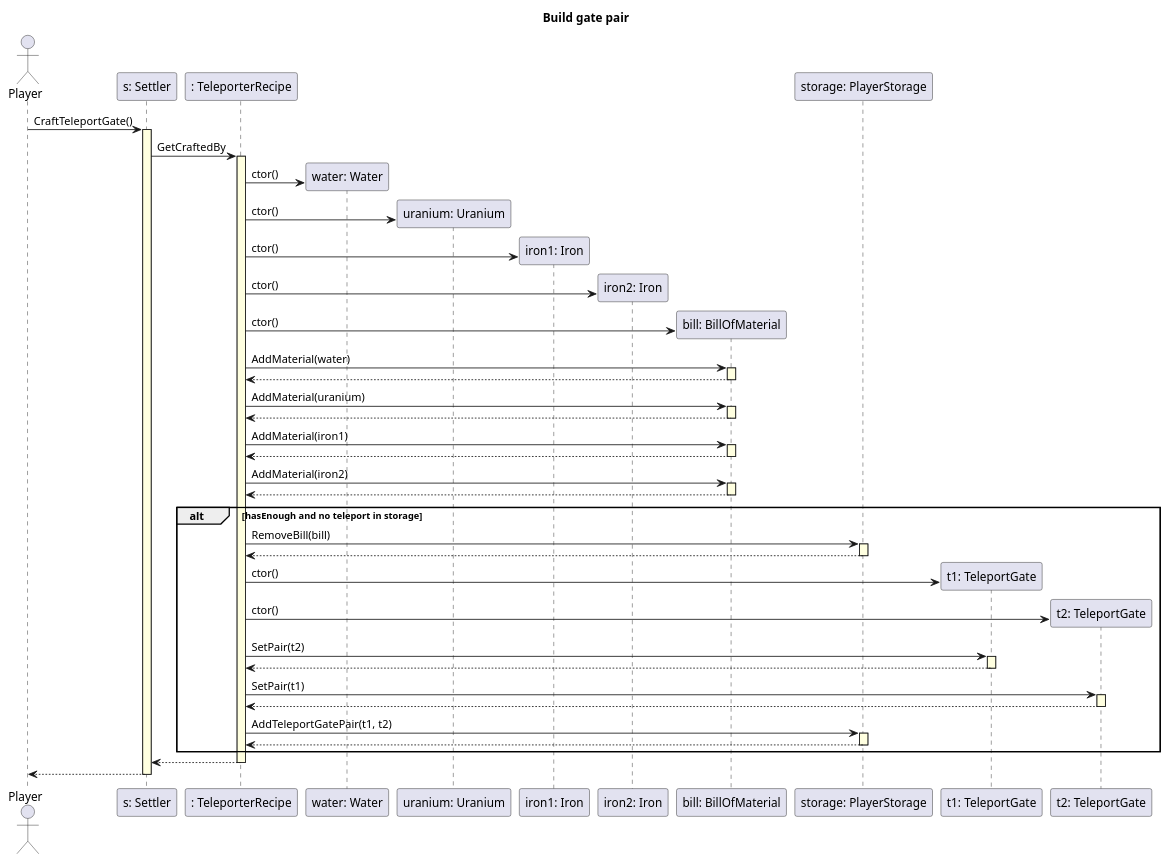
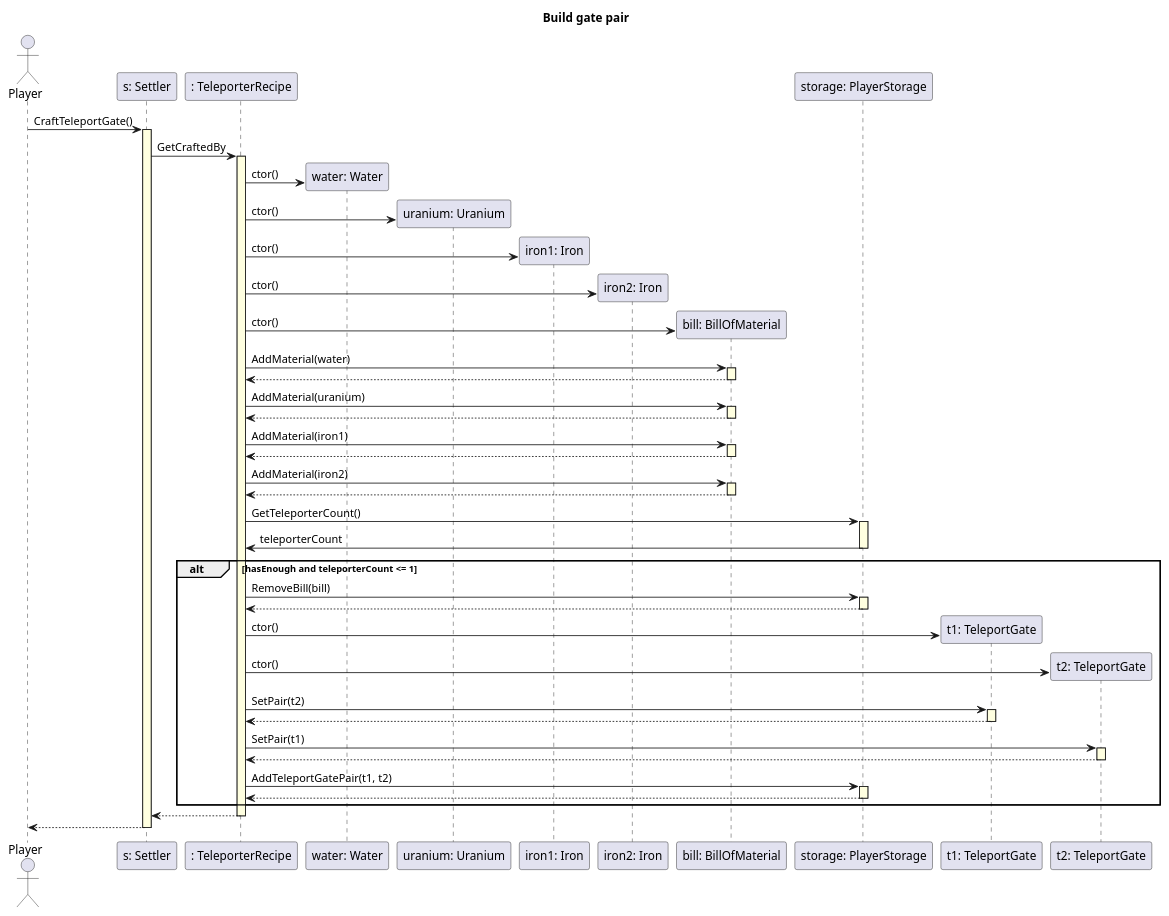
One commit to triszt4n/projlab_holy_oil changed the diagram in uml/original_seq_diagrams/build_gate.plantuml. Above: the diagram before and after it, drawn with PlantUML. The commit also changed 5 other files, not shown here.

```diff
--- a/uml/original_seq_diagrams/build_gate.plantuml
+++ b/uml/original_seq_diagrams/build_gate.plantuml
@@ -1,60 +1,63 @@
 @startuml
 
 skinparam SequenceLifeLineBackgroundColor LightYellow
 
 title "Build gate pair"
 
 actor Player as player
 participant "s: Settler" as settler
 participant ": TeleporterRecipe" as TeleporterRecipe
 participant "water: Water" as water
 participant "uranium: Uranium" as uranium
 participant "iron1: Iron" as iron1
 participant "iron2: Iron" as iron2
 participant "bill: BillOfMaterial" as bill
 participant "storage: PlayerStorage" as storage
 participant "t1: TeleportGate" as teleport1
 participant "t2: TeleportGate" as teleport2
 
 player -> settler ++ : CraftTeleportGate()
 settler -> TeleporterRecipe ++: GetCraftedBy
 
 TeleporterRecipe -> water ** : ctor()
 TeleporterRecipe -> uranium ** : ctor()
 TeleporterRecipe -> iron1 ** : ctor()
 TeleporterRecipe -> iron2 ** : ctor()
 
 TeleporterRecipe -> bill ** : ctor()
 TeleporterRecipe -> bill ++ : AddMaterial(water)
 return
 TeleporterRecipe -> bill ++ : AddMaterial(uranium)
 return
 TeleporterRecipe -> bill ++ : AddMaterial(iron1)
 return
 TeleporterRecipe -> bill ++ : AddMaterial(iron2)
 return
 
-alt hasEnough and no teleport in storage
+TeleporterRecipe -> storage ++ : GetTeleporterCount()
+storage -> TeleporterRecipe -- : teleporterCount
+
+alt hasEnough and teleporterCount <= 1
 
     TeleporterRecipe -> storage ++ : RemoveBill(bill)
     storage --> TeleporterRecipe --
 
     TeleporterRecipe -> teleport1 ** : ctor()
     TeleporterRecipe -> teleport2 ** : ctor()
 
     TeleporterRecipe -> teleport1 ++ : SetPair(t2)
     teleport1 --> TeleporterRecipe --
 
     TeleporterRecipe -> teleport2 ++ : SetPair(t1)
     teleport2 --> TeleporterRecipe --
 
     TeleporterRecipe -> storage ++: AddTeleportGatePair(t1, t2)
     storage --> TeleporterRecipe --
 
 end
 
 TeleporterRecipe --> settler --
 
 settler --> player --
 
 @enduml
```
